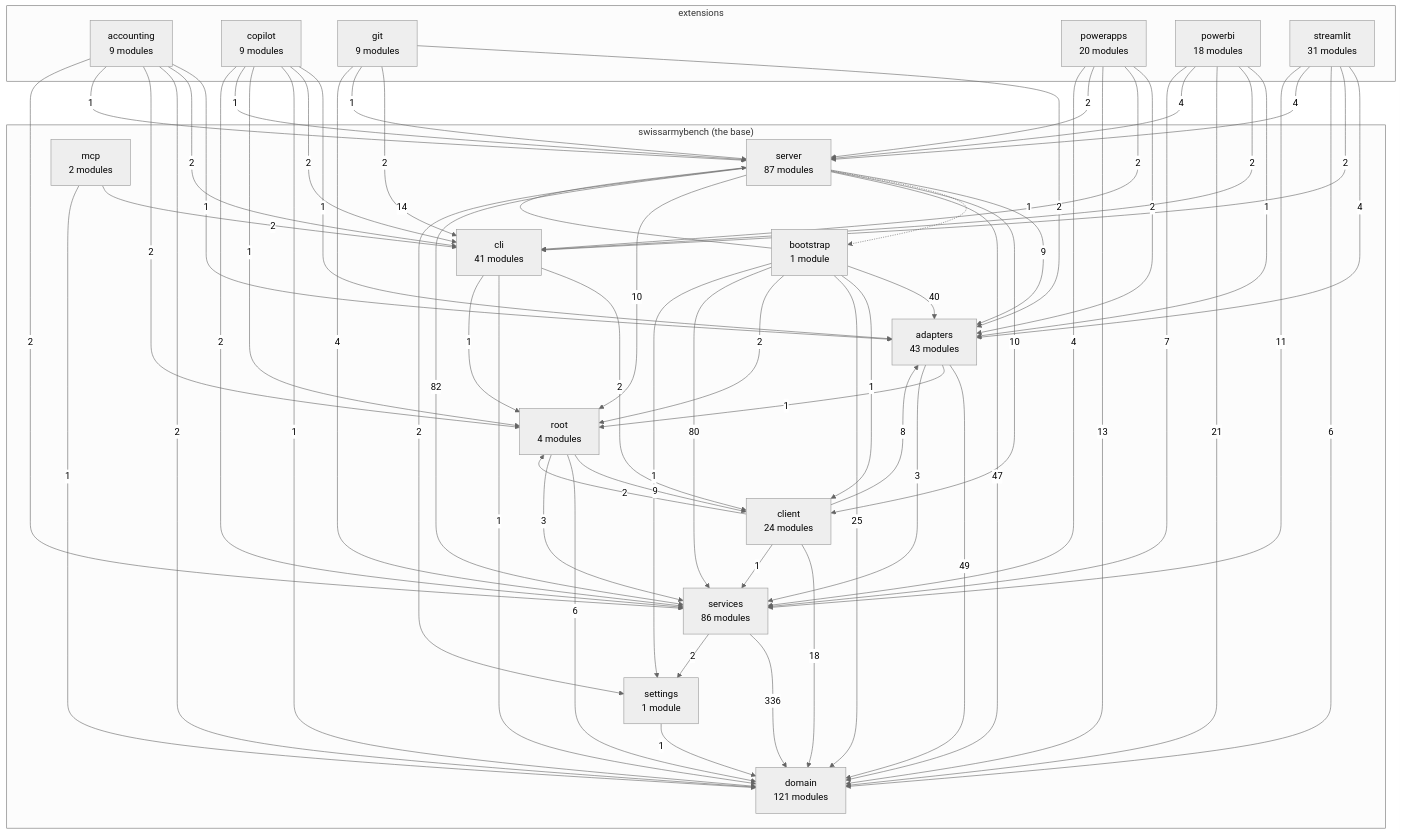
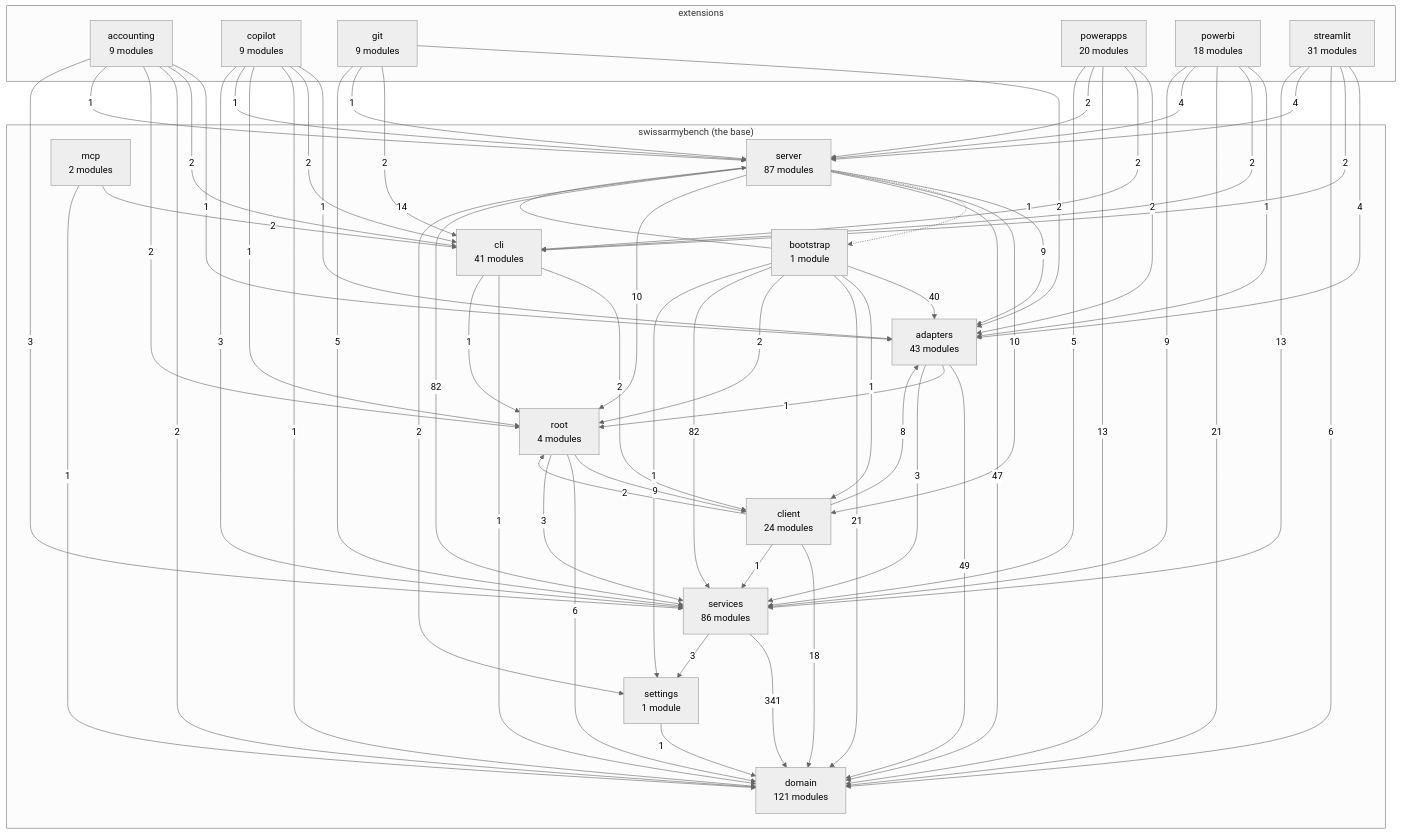
The diagram in docs/architecture-map.md (DylanCodyBrown/SwissArmyBench), drawn with Mermaid (neutral theme) before and after one commit. The commit also changed other lines of this file and 30 other files, not shown here.

````diff
--- a/docs/architecture-map.md
+++ b/docs/architecture-map.md
@@ -41,10 +41,10 @@
     adapters -->|3| services
     bootstrap -->|40| adapters
     bootstrap -->|1| client
-    bootstrap -->|25| domain
+    bootstrap -->|21| domain
     bootstrap -->|2| root
     bootstrap -->|14| server
-    bootstrap -->|80| services
+    bootstrap -->|82| services
     bootstrap -->|1| settings
     cli -->|2| client
     cli -->|1| domain
@@ -58,32 +58,32 @@
     ext_accounting -->|2| domain
     ext_accounting -->|2| root
     ext_accounting -->|1| server
-    ext_accounting -->|2| services
+    ext_accounting -->|3| services
     ext_copilot -->|1| adapters
     ext_copilot -->|2| cli
     ext_copilot -->|1| domain
     ext_copilot -->|1| root
     ext_copilot -->|1| server
-    ext_copilot -->|2| services
+    ext_copilot -->|3| services
     ext_git -->|2| adapters
     ext_git -->|2| cli
     ext_git -->|1| server
-    ext_git -->|4| services
+    ext_git -->|5| services
     ext_powerapps -->|2| adapters
     ext_powerapps -->|2| cli
     ext_powerapps -->|13| domain
     ext_powerapps -->|2| server
-    ext_powerapps -->|4| services
+    ext_powerapps -->|5| services
     ext_powerbi -->|1| adapters
     ext_powerbi -->|2| cli
     ext_powerbi -->|21| domain
     ext_powerbi -->|4| server
-    ext_powerbi -->|7| services
+    ext_powerbi -->|9| services
     ext_streamlit -->|4| adapters
     ext_streamlit -->|2| cli
     ext_streamlit -->|6| domain
     ext_streamlit -->|4| server
-    ext_streamlit -->|11| services
+    ext_streamlit -->|13| services
     mcp -->|2| cli
     mcp -->|1| domain
     root -->|9| client
@@ -96,7 +96,7 @@
     server -->|10| root
     server -->|82| services
     server -->|2| settings
-    services -->|336| domain
-    services -->|2| settings
+    services -->|341| domain
+    services -->|3| settings
     settings -->|1| domain
 ```
````
